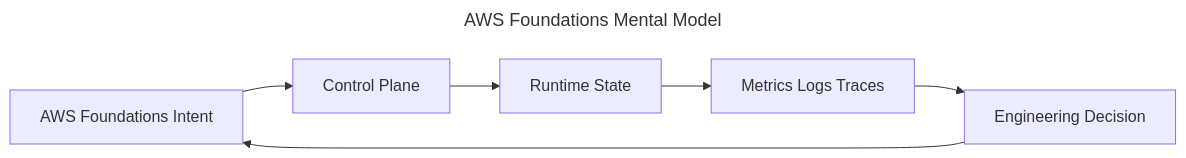
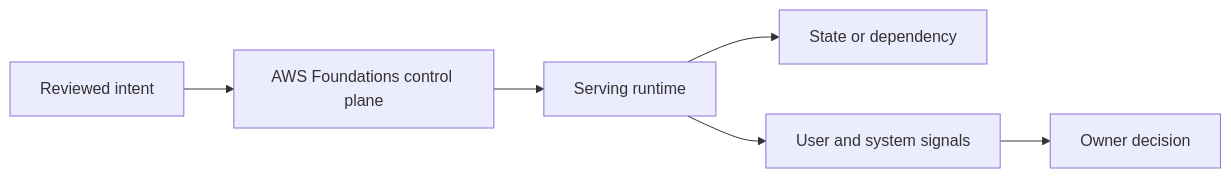
One commit to m1mohamad/devops-sre-prep changed the first of 2 diagrams in docs/chapters/aws-foundations.md. Above: the diagram before and after it, drawn with Mermaid. The commit also changed other lines of this file and 100 other files, not shown here.

````diff
--- a/docs/chapters/aws-foundations.md
+++ b/docs/chapters/aws-foundations.md
@@ -10,11 +15,8 @@
 ```mermaid
----
-title: AWS Foundations Mental Model
----
 flowchart LR
-  Intent[AWS Foundations Intent] --> Control[Control Plane]
-  Control --> Runtime[Runtime State]
-  Runtime --> Signals[Metrics Logs Traces]
-  Signals --> Decision[Engineering Decision]
-  Decision --> Intent
+  Intent[Reviewed intent] --> Control[AWS Foundations control plane]
+  Control --> Runtime[Serving runtime]
+  Runtime --> Dependency[State or dependency]
+  Runtime --> Signals[User and system signals]
+  Signals --> Owner[Owner decision]
 ```
````
